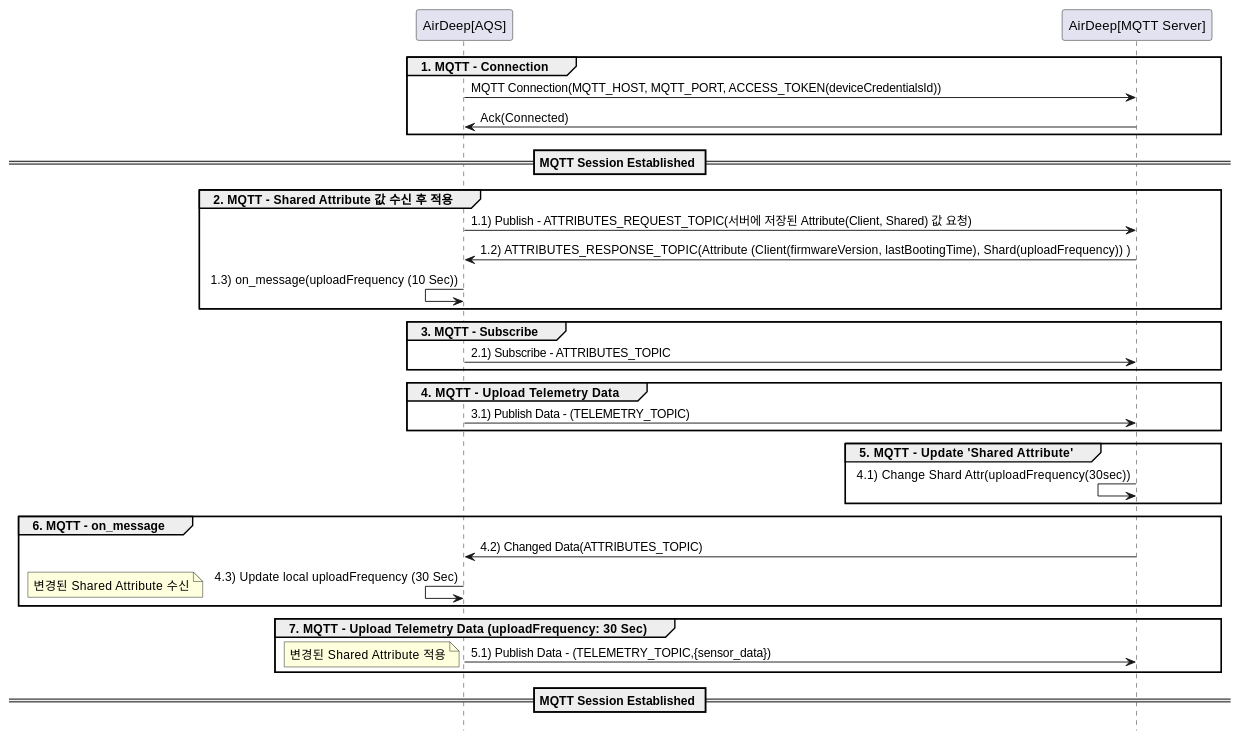
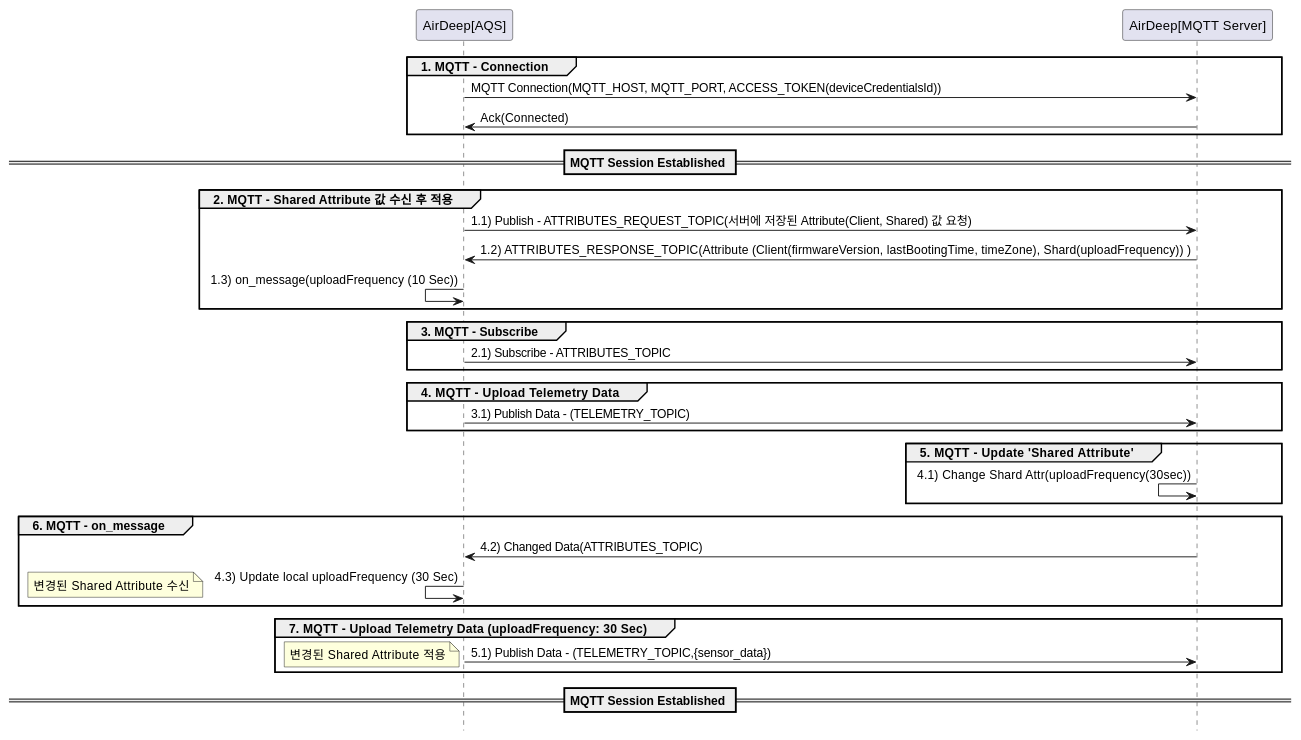
The third of 3 diagrams in docs/MQTT-API-1.AttributeChangeCommand.md (RTdataLab/DE-ADeep-API-Guide), drawn with PlantUML before and after one commit. The commit also changed other lines of this file and 7 other files, not shown here.

Commit message:
[update v0.3.5]  - 응답 TOPIC 통일화 TELEMETRY_TOPIC  - 응답 Json Key 변경  - Shard Attribute - remoteLogLevel 추가  - UploadTelemetryLogData.md 추가

````diff
--- a/docs/MQTT-API-1.AttributeChangeCommand.md
+++ b/docs/MQTT-API-1.AttributeChangeCommand.md
@@ -91,45 +146,45 @@
    ```plantuml
    @startuml
      participant "AirDeep[AQS]" order 1
      participant "AirDeep[MQTT Server]" order 2
      hide footbox
 
      group 1. MQTT - Connection
       "AirDeep[AQS]" -> "AirDeep[MQTT Server]" : MQTT Connection(MQTT_HOST, MQTT_PORT, ACCESS_TOKEN(deviceCredentialsId))
       "AirDeep[AQS]" <- "AirDeep[MQTT Server]"  : Ack(Connected)
      end
 
      == MQTT Session Established ==
      group 2. MQTT - Shared Attribute 값 수신 후 적용
      "AirDeep[AQS]" -> "AirDeep[MQTT Server]" : 1.1) Publish - ATTRIBUTES_REQUEST_TOPIC(서버에 저장된 Attribute(Client, Shared) 값 요청)
-     "AirDeep[AQS]" <- "AirDeep[MQTT Server]" : 1.2) ATTRIBUTES_RESPONSE_TOPIC(Attribute (Client(firmwareVersion, lastBootingTime), Shard(uploadFrequency)) )
+     "AirDeep[AQS]" <- "AirDeep[MQTT Server]" : 1.2) ATTRIBUTES_RESPONSE_TOPIC(Attribute (Client(firmwareVersion, lastBootingTime, timeZone), Shard(uploadFrequency)) )
      
      "AirDeep[AQS]" <- "AirDeep[AQS]" : 1.3) on_message(uploadFrequency (10 Sec))
      end
 
      group 3. MQTT - Subscribe
      "AirDeep[AQS]" -> "AirDeep[MQTT Server]" : 2.1) Subscribe - ATTRIBUTES_TOPIC
      
      end
 
     group 4. MQTT - Upload Telemetry Data
        "AirDeep[AQS]" -> "AirDeep[MQTT Server]" : 3.1) Publish Data - (TELEMETRY_TOPIC) 
      end
      
      group 5. MQTT - Update 'Shared Attribute'
        "AirDeep[MQTT Server]" <- "AirDeep[MQTT Server]" : 4.1) Change Shard Attr(uploadFrequency(30sec))
      end
 
      group 6. MQTT - on_message
        "AirDeep[AQS]" <- "AirDeep[MQTT Server]" : 4.2) Changed Data(ATTRIBUTES_TOPIC)
        "AirDeep[AQS]" <- "AirDeep[AQS]" : 4.3) Update local uploadFrequency (30 Sec)
        note left: 변경된 Shared Attribute 수신
      end
 
      group 7. MQTT - Upload Telemetry Data (uploadFrequency: 30 Sec)
        "AirDeep[AQS]" -> "AirDeep[MQTT Server]" : 5.1) Publish Data - (TELEMETRY_TOPIC,{sensor_data})
        note left: 변경된 Shared Attribute 적용
      end
      == MQTT Session Established ==
    @enduml
    ```
````
